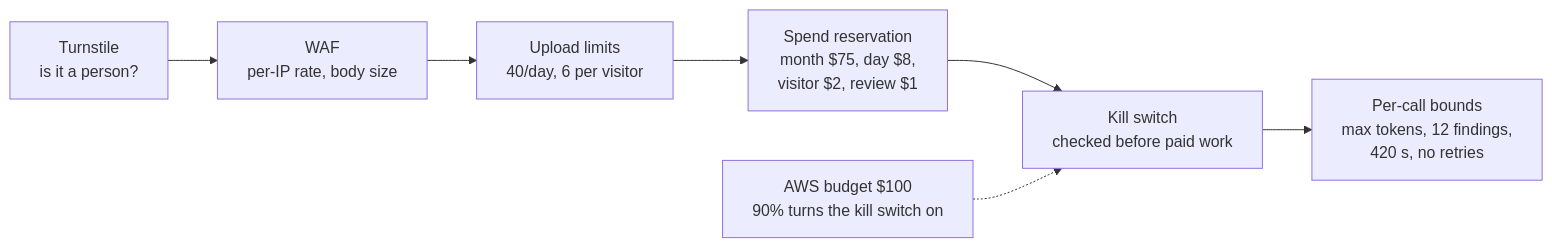
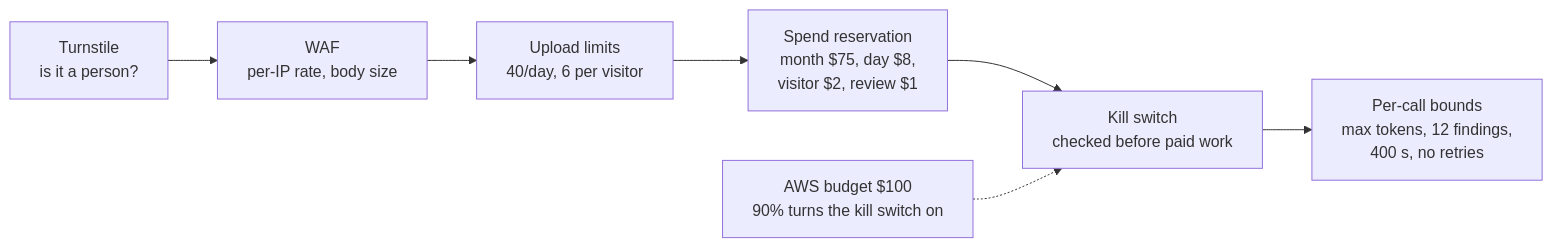
Before and after one commit to nandohtorres/archibrief: the third of 4 diagrams in docs/system-walkthrough.md, drawn with Mermaid. The commit also changed other lines of this file and 14 other files, not shown here.

````diff
--- a/docs/system-walkthrough.md
+++ b/docs/system-walkthrough.md
@@ -137,9 +137,9 @@
 ```mermaid
 flowchart LR
     A["Turnstile<br/>is it a person?"] --> B["WAF<br/>per-IP rate, body size"]
     B --> C["Upload limits<br/>40/day, 6 per visitor"]
     C --> D["Spend reservation<br/>month $75, day $8,<br/>visitor $2, review $1"]
     D --> E["Kill switch<br/>checked before paid work"]
-    E --> F["Per-call bounds<br/>max tokens, 12 findings,<br/>420 s, no retries"]
+    E --> F["Per-call bounds<br/>max tokens, 12 findings,<br/>400 s, no retries"]
     G["AWS budget $100<br/>90% turns the kill switch on"] -.-> E
 ```
````
